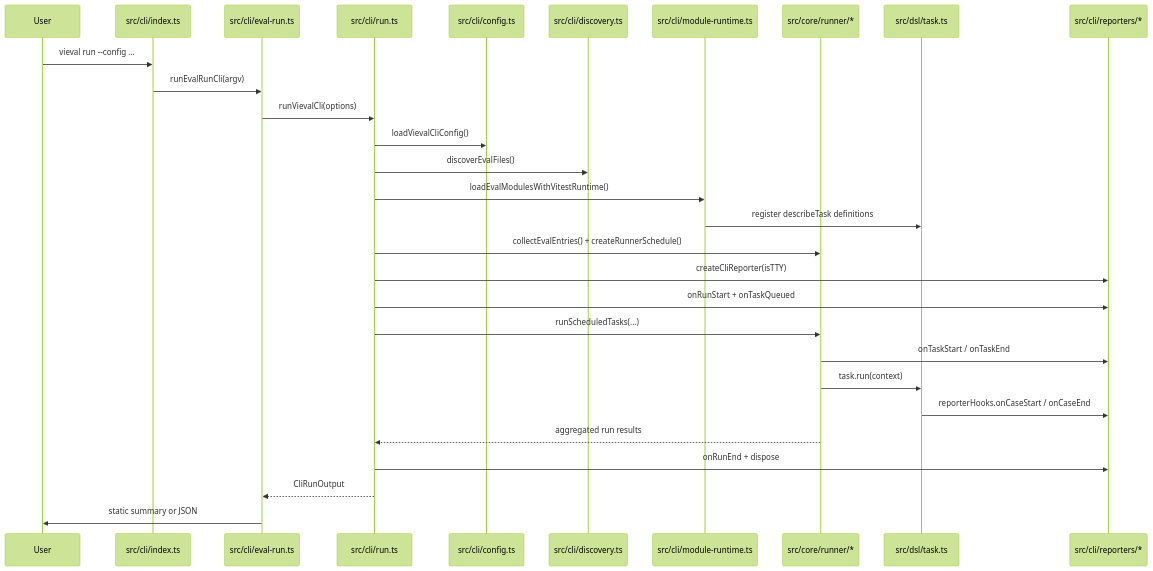
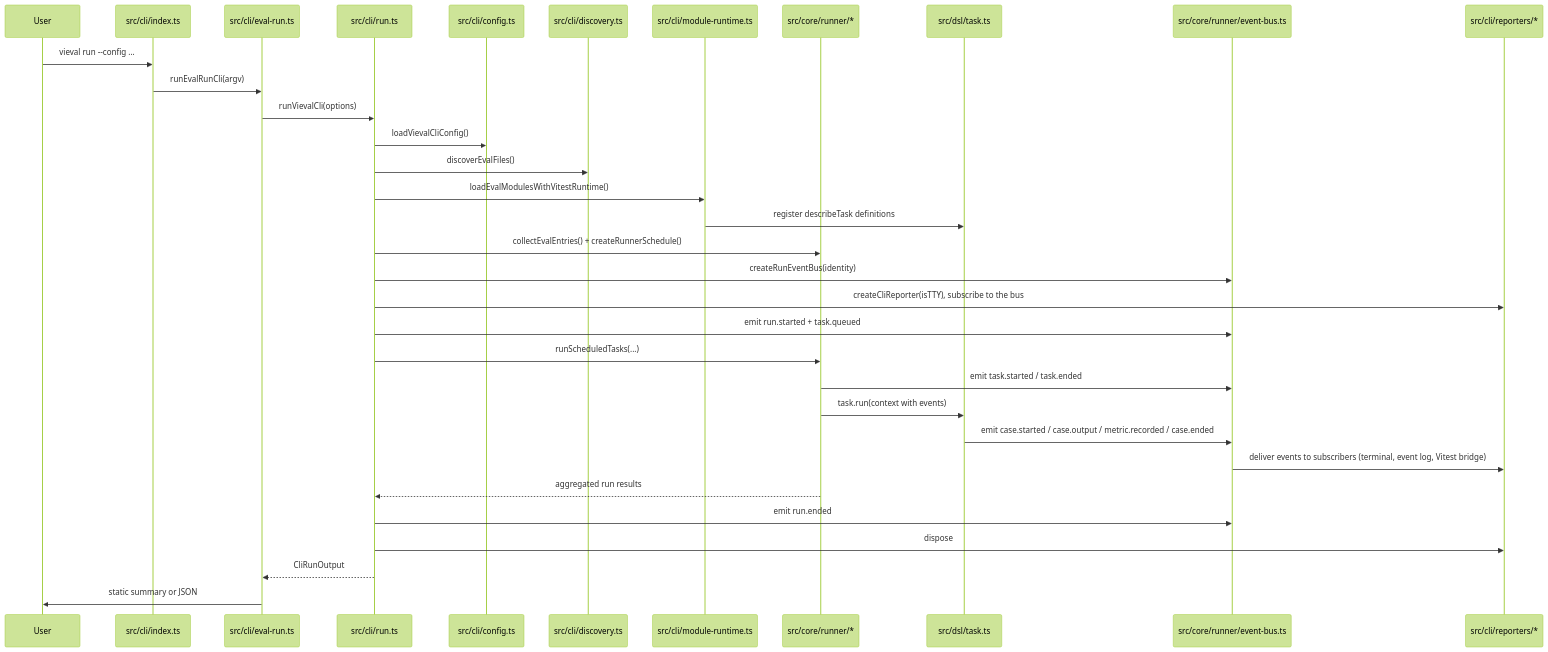
The second of 2 diagrams in README.md (vieval-dev/vieval), drawn with Mermaid (forest theme) before and after one commit. The commit also changed 24 other files, not shown here.

Commit message:
feat(vieval): emit run events through a typed event bus (#8)

````diff
--- a/README.md
+++ b/README.md
@@ -367,32 +367,36 @@
 ```mermaid
 sequenceDiagram
   participant U as User
   participant C as src/cli/index.ts
   participant E as src/cli/eval-run.ts
   participant R as src/cli/run.ts
   participant L as src/cli/config.ts
   participant D as src/cli/discovery.ts
   participant M as src/cli/module-runtime.ts
   participant S as src/core/runner/*
   participant T as src/dsl/task.ts
+  participant B as src/core/runner/event-bus.ts
   participant P as src/cli/reporters/*
 
   U->>C: vieval run --config ...
   C->>E: runEvalRunCli(argv)
   E->>R: runVievalCli(options)
   R->>L: loadVievalCliConfig()
   R->>D: discoverEvalFiles()
   R->>M: loadEvalModulesWithVitestRuntime()
   M->>T: register describeTask definitions
   R->>S: collectEvalEntries() + createRunnerSchedule()
-  R->>P: createCliReporter(isTTY)
-  R->>P: onRunStart + onTaskQueued
+  R->>B: createRunEventBus(identity)
+  R->>P: createCliReporter(isTTY), subscribe to the bus
+  R->>B: emit run.started + task.queued
   R->>S: runScheduledTasks(...)
-  S->>P: onTaskStart / onTaskEnd
-  S->>T: task.run(context)
-  T->>P: reporterHooks.onCaseStart / onCaseEnd
+  S->>B: emit task.started / task.ended
+  S->>T: task.run(context with events)
+  T->>B: emit case.started / case.output / metric.recorded / case.ended
+  B->>P: deliver events to subscribers (terminal, event log, Vitest bridge)
   S-->>R: aggregated run results
-  R->>P: onRunEnd + dispose
+  R->>B: emit run.ended
+  R->>P: dispose
   R-->>E: CliRunOutput
   E->>U: static summary or JSON
 ```
````
